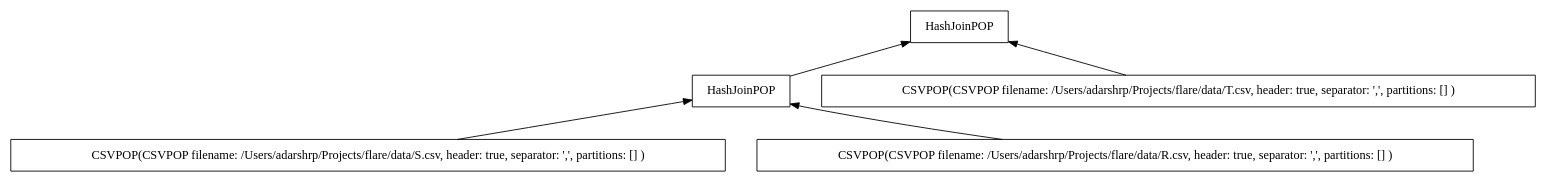
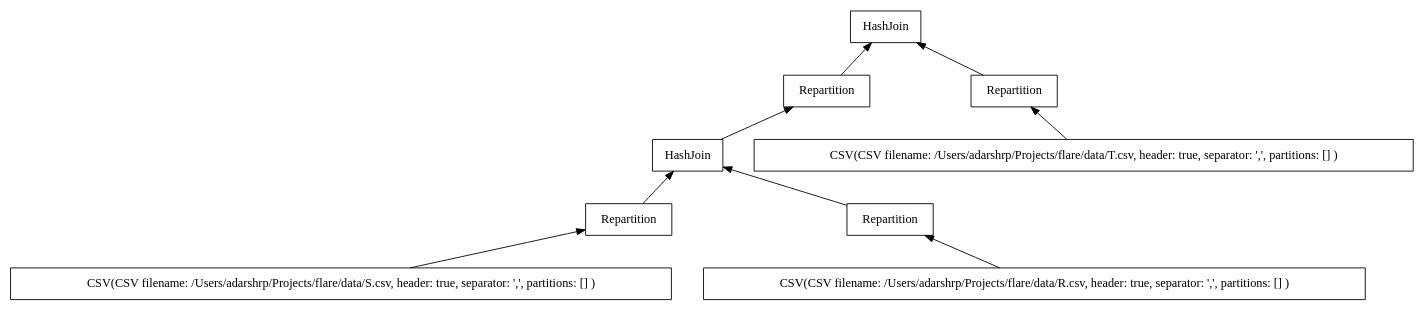
The diagram in pop.dot (adarshpannu/kona), drawn with Graphviz before and after one commit. The commit also changed 20 other files, not shown here.

```diff
--- a/pop.dot
+++ b/pop.dot
@@ -1,15 +1,23 @@
 digraph example1 {
     node [shape=record];
     rankdir=BT;
     nodesep=0.5;
     ordering="in";
-    popkeyPOPKey4v1 -> popkeyPOPKey5v1;
+    popkeyPOPKey8v1 -> popkeyPOPKey9v1;
+    popkeyPOPKey7v1 -> popkeyPOPKey8v1;
+    popkeyPOPKey6v1 -> popkeyPOPKey7v1;
+    popkeyPOPKey5v1 -> popkeyPOPKey6v1;
+    popkeyPOPKey5v1[label="CSV(CSV  filename: /Users/adarshrp/Projects/flare/data/S.csv, header: true, separator: ',', partitions: [] )"];
+    popkeyPOPKey6v1[label="Repartition"];
+    popkeyPOPKey4v1 -> popkeyPOPKey7v1;
     popkeyPOPKey3v1 -> popkeyPOPKey4v1;
-    popkeyPOPKey3v1[label="CSVPOP(CSVPOP  filename: /Users/adarshrp/Projects/flare/data/S.csv, header: true, separator: ',', partitions: [] )"];
-    popkeyPOPKey2v1 -> popkeyPOPKey4v1;
-    popkeyPOPKey2v1[label="CSVPOP(CSVPOP  filename: /Users/adarshrp/Projects/flare/data/R.csv, header: true, separator: ',', partitions: [] )"];
-    popkeyPOPKey4v1[label="HashJoinPOP"];
-    popkeyPOPKey1v1 -> popkeyPOPKey5v1;
-    popkeyPOPKey1v1[label="CSVPOP(CSVPOP  filename: /Users/adarshrp/Projects/flare/data/T.csv, header: true, separator: ',', partitions: [] )"];
-    popkeyPOPKey5v1[label="HashJoinPOP"];
+    popkeyPOPKey3v1[label="CSV(CSV  filename: /Users/adarshrp/Projects/flare/data/R.csv, header: true, separator: ',', partitions: [] )"];
+    popkeyPOPKey4v1[label="Repartition"];
+    popkeyPOPKey7v1[label="HashJoin"];
+    popkeyPOPKey8v1[label="Repartition"];
+    popkeyPOPKey2v1 -> popkeyPOPKey9v1;
+    popkeyPOPKey1v1 -> popkeyPOPKey2v1;
+    popkeyPOPKey1v1[label="CSV(CSV  filename: /Users/adarshrp/Projects/flare/data/T.csv, header: true, separator: ',', partitions: [] )"];
+    popkeyPOPKey2v1[label="Repartition"];
+    popkeyPOPKey9v1[label="HashJoin"];
 }
```
